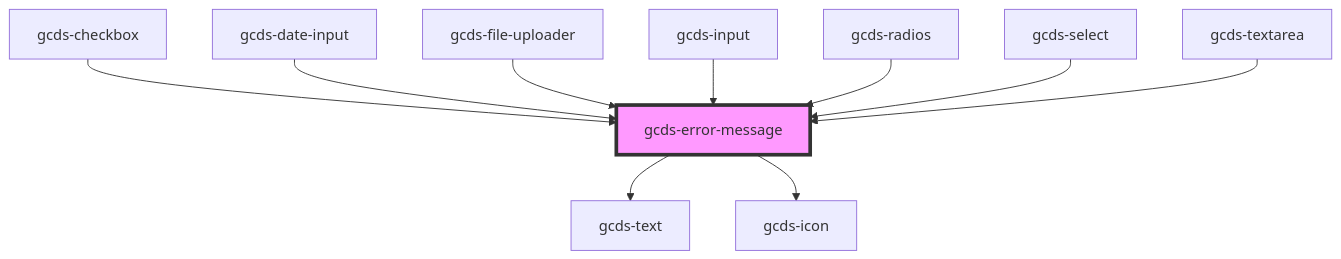
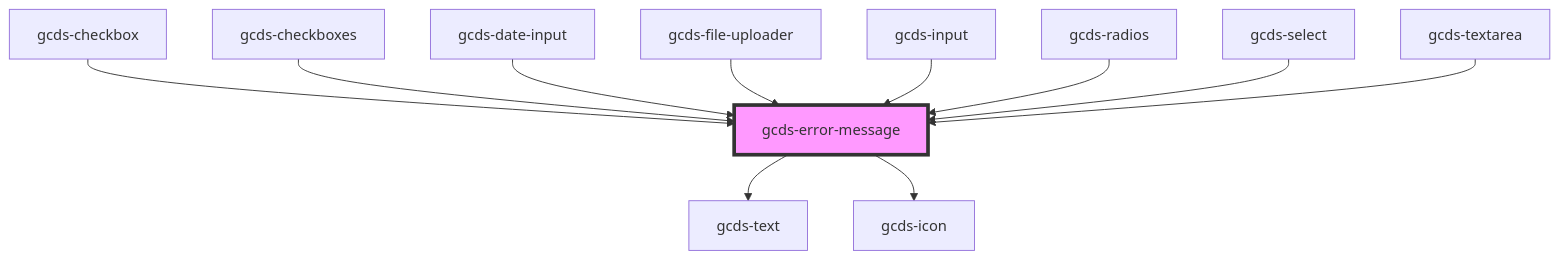
The diagram in packages/web/src/components/gcds-error-message/readme.md (cds-snc/gcds-components), drawn with Mermaid before and after one commit. The commit also changed other lines of this file and 10 other files, not shown here.

````diff
--- a/packages/web/src/components/gcds-error-message/readme.md
+++ b/packages/web/src/components/gcds-error-message/readme.md
@@ -33,13 +34,14 @@
 ```mermaid
 graph TD;
   gcds-error-message --> gcds-text
   gcds-error-message --> gcds-icon
   gcds-checkbox --> gcds-error-message
+  gcds-checkboxes --> gcds-error-message
   gcds-date-input --> gcds-error-message
   gcds-file-uploader --> gcds-error-message
   gcds-input --> gcds-error-message
   gcds-radios --> gcds-error-message
   gcds-select --> gcds-error-message
   gcds-textarea --> gcds-error-message
   style gcds-error-message fill:#f9f,stroke:#333,stroke-width:4px
 ```
````
